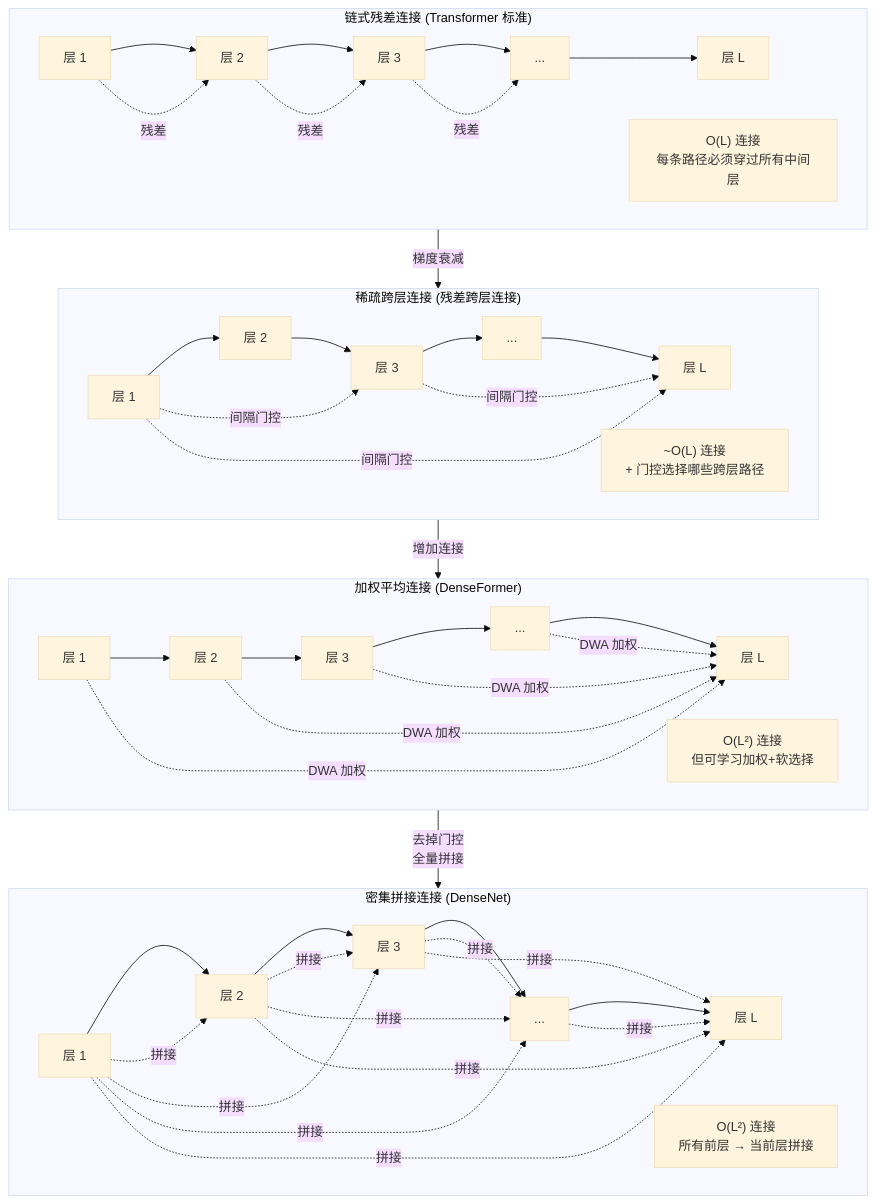
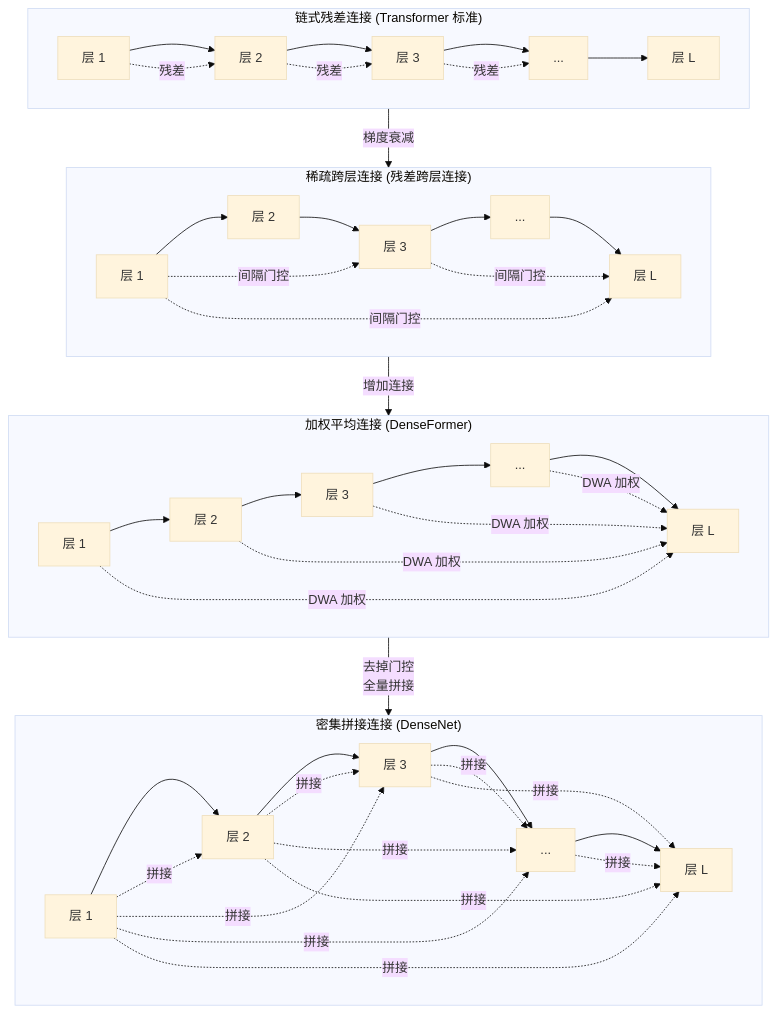
One commit to Pastens/Pastens.github.io changed the diagram in content/Knowledge/论文分析/模型结构/DenseNet 在 Transformer 中的延伸 分析.md. Above: the diagram before and after it, drawn with Mermaid (base theme). The commit also changed 5 other files, not shown here.

Commit message:
fix: mermaid color scheme - light bg + dark text for readability; add YOCO arch diagram

````diff
--- a/content/Knowledge/论文分析/模型结构/DenseNet 在 Transformer 中的延伸 分析.md
+++ b/content/Knowledge/论文分析/模型结构/DenseNet 在 Transformer 中的延伸 分析.md
@@ -36,50 +36,46 @@
 ```mermaid
 flowchart TB
     subgraph Chain["链式残差连接 (Transformer 标准)"]
         direction LR
         C1["层 1"] --> C2["层 2"] --> C3["层 3"] --> C4["..."] --> C5["层 L"]
         C1 -.->|"残差"| C2
         C2 -.->|"残差"| C3
         C3 -.->|"残差"| C4
-        note1["O(L) 连接<br/>每条路径必须穿过所有中间层"]
     end
 
     subgraph Sparse["稀疏跨层连接 (残差跨层连接)"]
         direction LR
         S1["层 1"] --> S2["层 2"] --> S3["层 3"] --> S4["..."] --> S5["层 L"]
         S1 -.->|"间隔门控"| S3
         S1 -.->|"间隔门控"| S5
         S3 -.->|"间隔门控"| S5
-        note2["~O(L) 连接<br/>+ 门控选择哪些跨层路径"]
     end
 
     subgraph Dense["密集拼接连接 (DenseNet)"]
         direction LR
         D1["层 1"] --> D2["层 2"] --> D3["层 3"] --> D4["..."] --> D5["层 L"]
         D1 -.->|"拼接"| D2
         D1 -.->|"拼接"| D3
         D1 -.->|"拼接"| D4
         D1 -.->|"拼接"| D5
         D2 -.->|"拼接"| D3
         D2 -.->|"拼接"| D4
         D2 -.->|"拼接"| D5
         D3 -.->|"拼接"| D4
         D3 -.->|"拼接"| D5
         D4 -.->|"拼接"| D5
-        note3["O(L²) 连接<br/>所有前层 → 当前层拼接"]
     end
 
     subgraph DWA["加权平均连接 (DenseFormer)"]
         direction LR
         W1["层 1"] --> W2["层 2"] --> W3["层 3"] --> W4["..."] --> W5["层 L"]
         W1 -.->|"DWA 加权"| W5
         W2 -.->|"DWA 加权"| W5
         W3 -.->|"DWA 加权"| W5
         W4 -.->|"DWA 加权"| W5
-        note4["O(L²) 连接<br/>但可学习加权+软选择"]
     end
 
     Chain -->|"梯度衰减"| Sparse
     Sparse -->|"增加连接"| DWA
     DWA -->|"去掉门控<br/>全量拼接"| Dense
 ```
````
